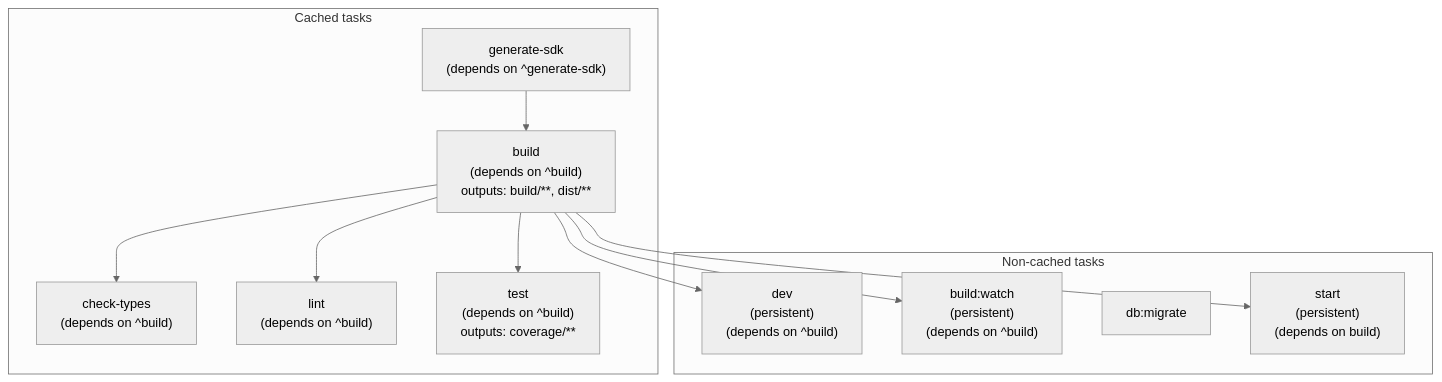
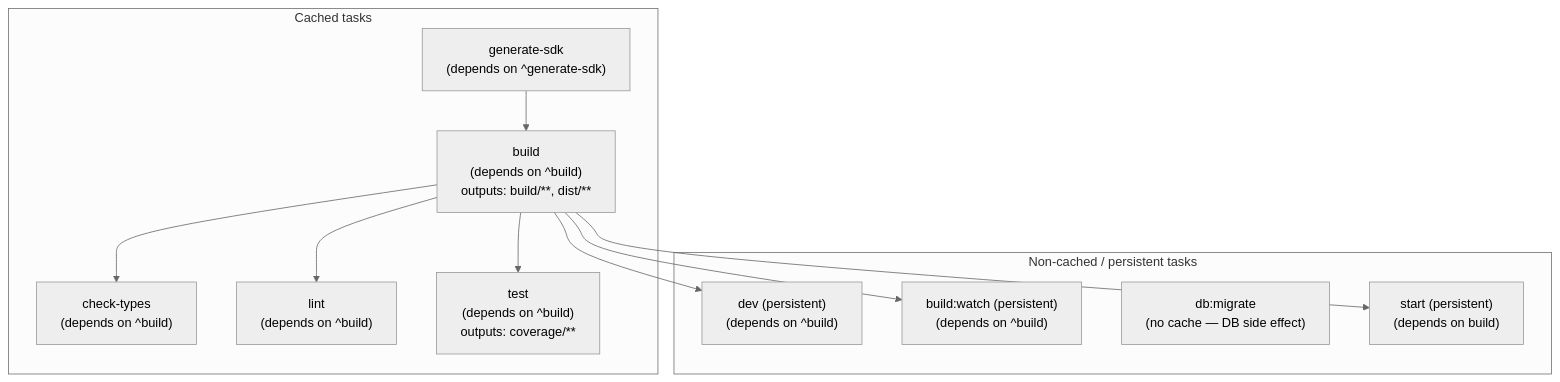
Before and after one commit to mathieusouflis/HETIC-projet-cinema: the fifth of 5 diagrams in apps/documentation/architecture/ci-cd.md, drawn with Mermaid (neutral theme). The commit also changed other lines of this file, not shown here.

````diff
--- a/apps/documentation/architecture/ci-cd.md
+++ b/apps/documentation/architecture/ci-cd.md
@@ -106,25 +166,25 @@
 ```mermaid
 graph TD
     subgraph cached["Cached tasks"]
         GEN["generate-sdk\n(depends on ^generate-sdk)"]
         BUILD["build\n(depends on ^build)\noutputs: build/**, dist/**"]
         CT["check-types\n(depends on ^build)"]
         LINT["lint\n(depends on ^build)"]
         TEST["test\n(depends on ^build)\noutputs: coverage/**"]
     end
 
-    subgraph nocache["Non-cached tasks"]
-        DEV["dev\n(persistent)\n(depends on ^build)"]
-        BUILDW["build:watch\n(persistent)\n(depends on ^build)"]
-        MIGRATE["db:migrate"]
-        START["start\n(persistent)\n(depends on build)"]
+    subgraph nocache["Non-cached / persistent tasks"]
+        DEV["dev (persistent)\n(depends on ^build)"]
+        BUILDW["build:watch (persistent)\n(depends on ^build)"]
+        MIGRATE["db:migrate\n(no cache — DB side effect)"]
+        START["start (persistent)\n(depends on build)"]
     end
 
     GEN --> BUILD
     BUILD --> CT
     BUILD --> LINT
     BUILD --> TEST
     BUILD --> DEV
     BUILD --> BUILDW
     BUILD --> START
 ```
````
